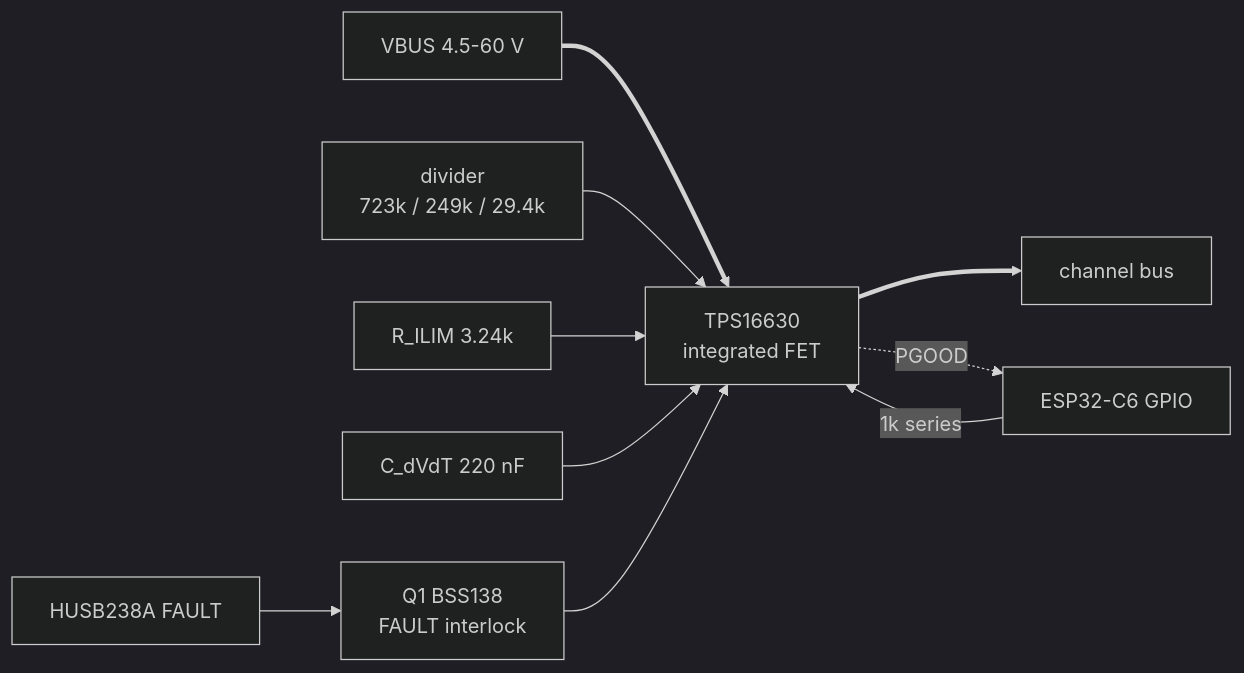
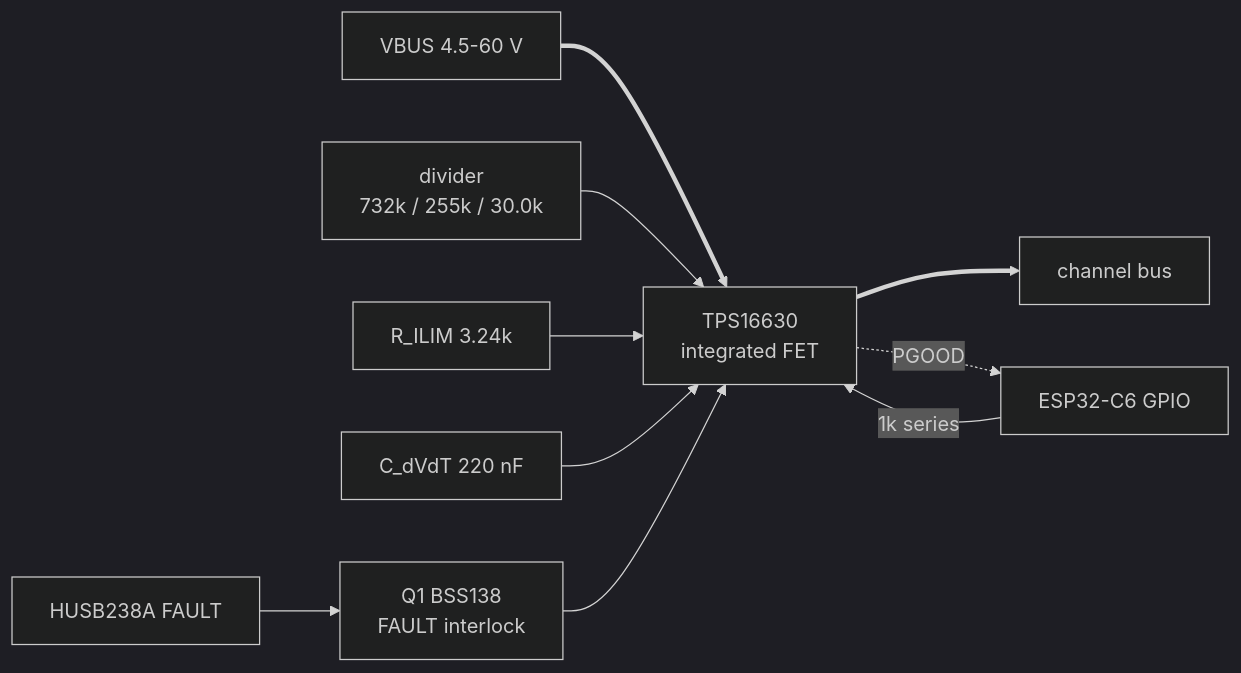
Before and after one commit to lucsoft/pcb-design: the fourth of 4 diagrams in designs/led-matrix-controller/README.md, drawn with Mermaid (dark theme). The commit also changed other lines of this file and 11 other files, not shown here.

````diff
--- a/designs/led-matrix-controller/README.md
+++ b/designs/led-matrix-controller/README.md
@@ -760,12 +772,12 @@
 ```mermaid
 flowchart LR
   VBUS[VBUS 4.5-60 V] ==> U["TPS16630<br/>integrated FET"]
   U ==> OUTN[channel bus]
-  DIV["divider<br/>723k / 249k / 29.4k"] --> U
+  DIV["divider<br/>732k / 255k / 30.0k"] --> U
   RIL["R_ILIM 3.24k"] --> U
   CDV["C_dVdT 220 nF"] --> U
   MCU[ESP32-C6 GPIO] -->|"1k series"| U
   FLT[HUSB238A FAULT] --> QF["Q1 BSS138<br/>FAULT interlock"]
   QF --> U
   U -. PGOOD .-> MCU
 ```
````
